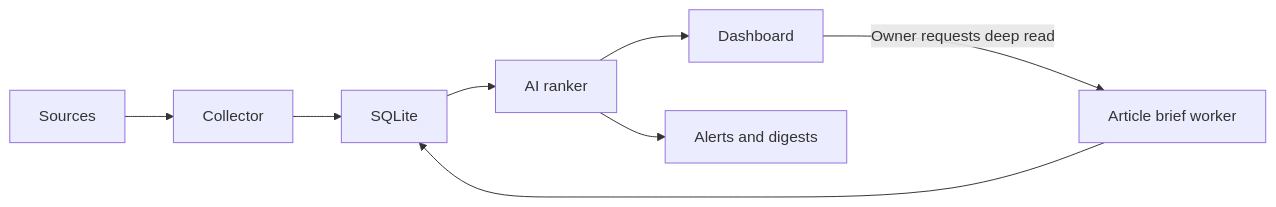
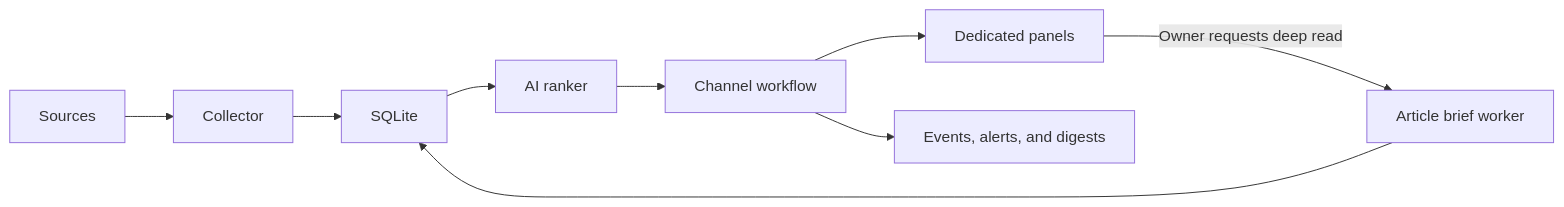
One commit to sinmentis/beehive changed the diagram in README.md. Above: the diagram before and after it, drawn with Mermaid. The commit also changed other lines of this file and 98 other files, not shown here.

````diff
--- a/README.md
+++ b/README.md
@@ -52,10 +66,11 @@
 ```mermaid
 flowchart LR
     Sources --> Collector
     Collector --> SQLite
     SQLite --> Ranker["AI ranker"]
-    Ranker --> Dashboard
-    Ranker --> Email["Alerts and digests"]
-    Dashboard -->|"Owner requests deep read"| DeepRead["Article brief worker"]
+    Ranker --> Workflow["Channel workflow"]
+    Workflow --> Panels["Dedicated panels"]
+    Workflow --> Email["Events, alerts, and digests"]
+    Panels -->|"Owner requests deep read"| DeepRead["Article brief worker"]
     DeepRead --> SQLite
 ```
````
